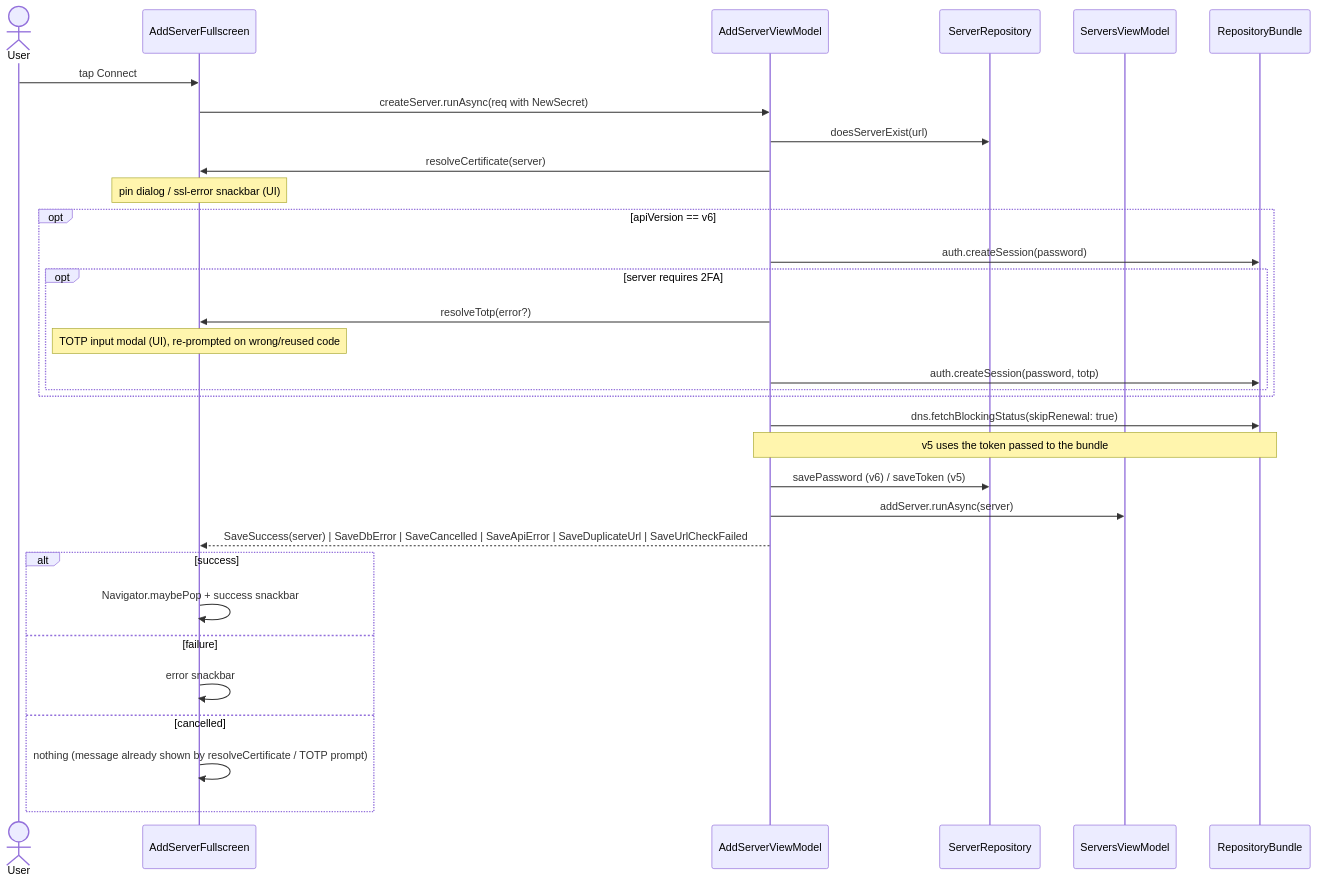
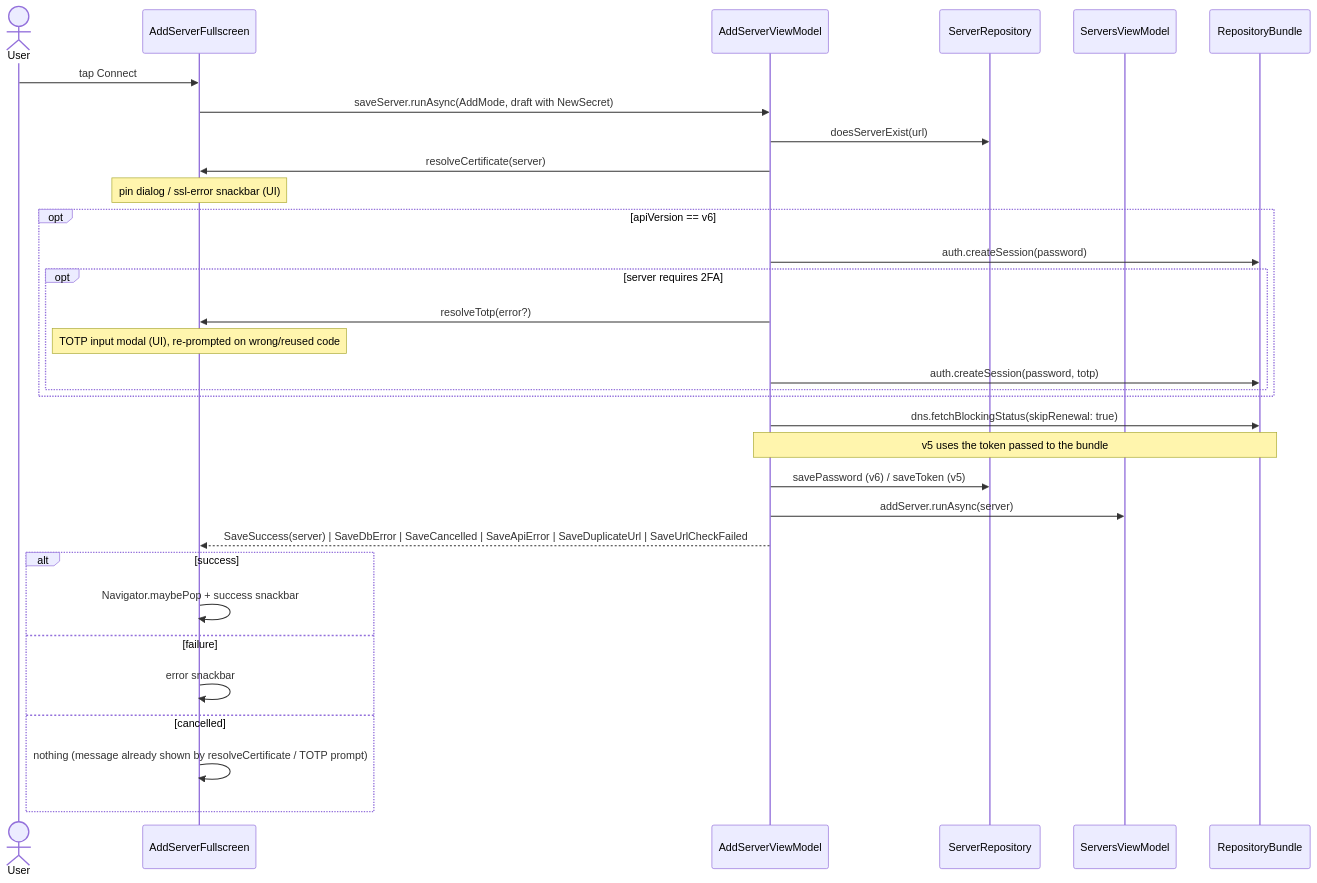
One commit to tsutsu3/pi-hole-client changed the seventh of 8 diagrams in docs/server-connection-flow.md. Above: the diagram before and after it, drawn with Mermaid. The commit also changed other lines of this file and 3 other files, not shown here.

````diff
--- a/docs/server-connection-flow.md
+++ b/docs/server-connection-flow.md
@@ -271,35 +271,35 @@
 ```mermaid
 sequenceDiagram
   actor U as User
   participant W as AddServerFullscreen
   participant VM as AddServerViewModel
   participant SR as ServerRepository
   participant SV as ServersViewModel
   participant B as RepositoryBundle
 
   U->>W: tap Connect
-  W->>VM: createServer.runAsync(req with NewSecret)
+  W->>VM: saveServer.runAsync(AddMode, draft with NewSecret)
   VM->>SR: doesServerExist(url)
   VM->>W: resolveCertificate(server)
   Note over W: pin dialog / ssl-error snackbar (UI)
   opt apiVersion == v6
     VM->>B: auth.createSession(password)
     opt server requires 2FA
       VM->>W: resolveTotp(error?)
       Note over W: TOTP input modal (UI), re-prompted on wrong/reused code
       VM->>B: auth.createSession(password, totp)
     end
   end
   VM->>B: dns.fetchBlockingStatus(skipRenewal: true)
   Note over VM,B: v5 uses the token passed to the bundle
   VM->>SR: savePassword (v6) / saveToken (v5)
   VM->>SV: addServer.runAsync(server)
   VM-->>W: SaveSuccess(server) | SaveDbError | SaveCancelled | SaveApiError | SaveDuplicateUrl | SaveUrlCheckFailed
   alt success
     W->>W: Navigator.maybePop + success snackbar
   else failure
     W->>W: error snackbar
   else cancelled
     W->>W: nothing (message already shown by resolveCertificate / TOTP prompt)
   end
 ```
````
